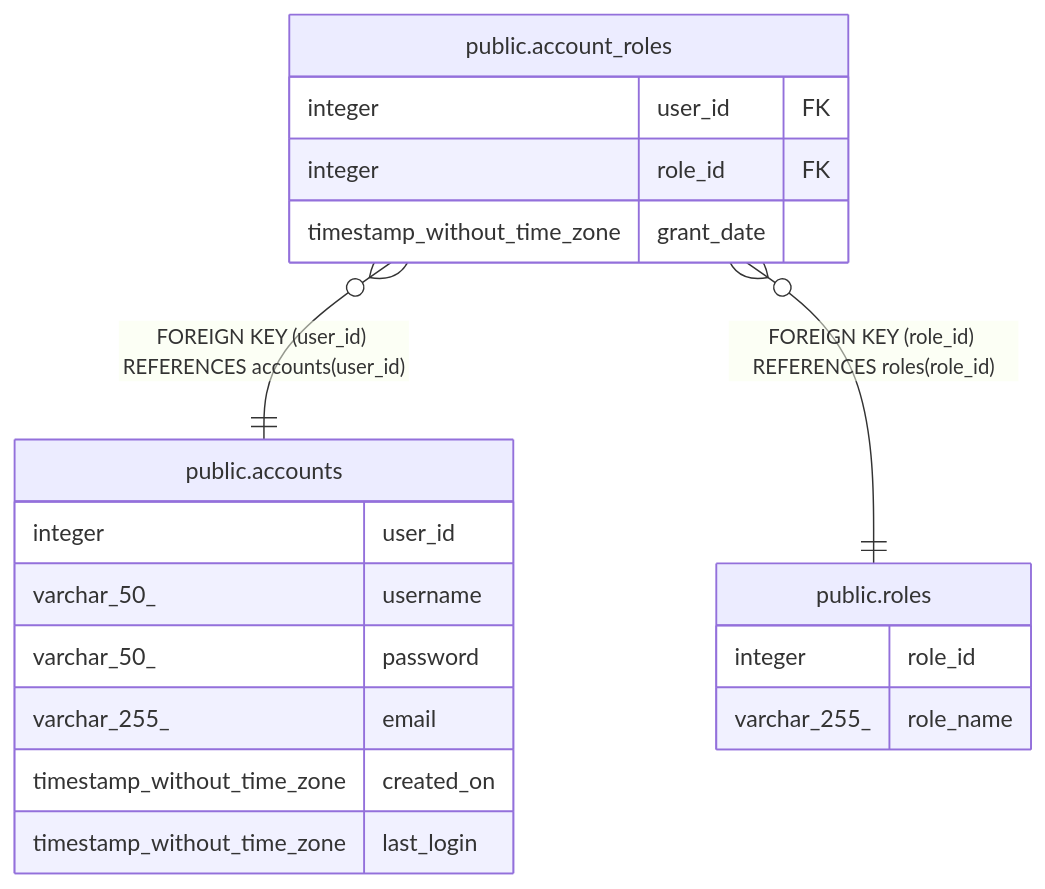
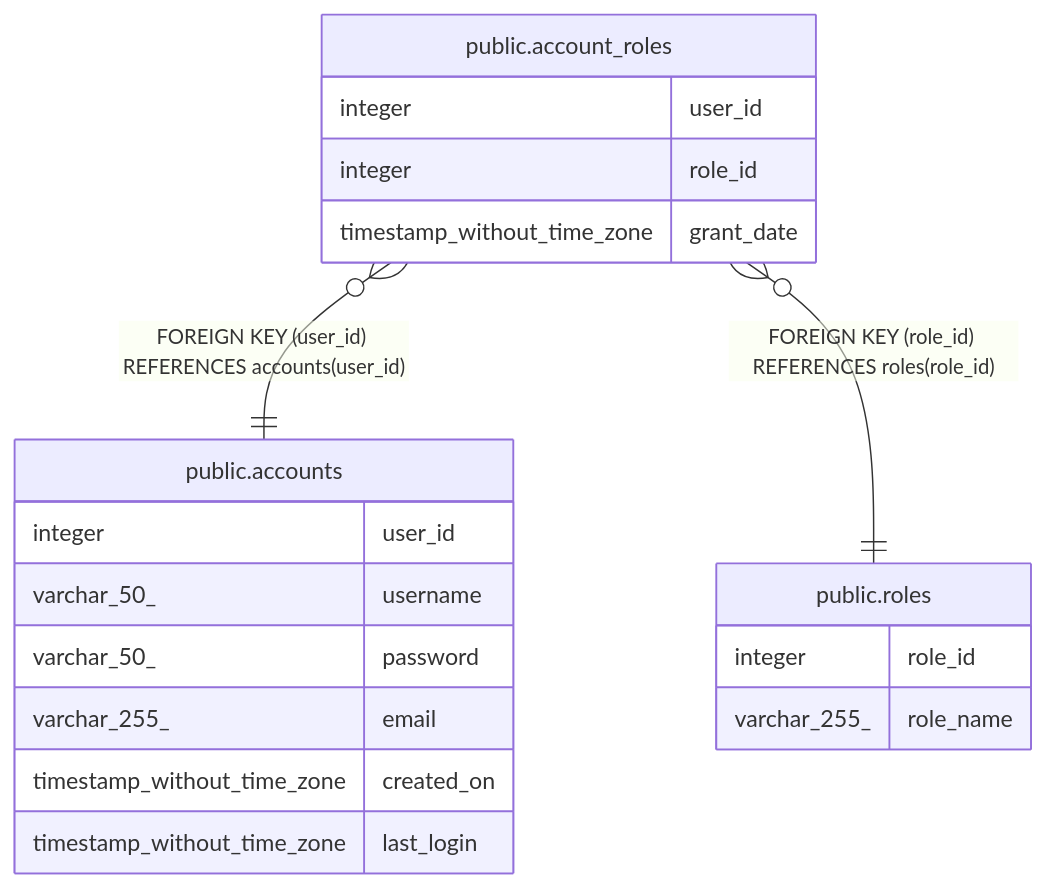
The diagram in schema.mmd (shamonshan/tbls-test), drawn with Mermaid before and after one commit. The commit also changed 14 other files, not shown here.

```diff
--- a/schema.mmd
+++ b/schema.mmd
@@ -1,22 +1,22 @@
 erDiagram
 
 "public.account_roles" }o--|| "public.accounts" : "FOREIGN KEY (user_id) REFERENCES accounts(user_id)"
 "public.account_roles" }o--|| "public.roles" : "FOREIGN KEY (role_id) REFERENCES roles(role_id)"
 
 "public.accounts" {
   integer user_id
   varchar_50_ username
   varchar_50_ password
   varchar_255_ email
   timestamp_without_time_zone created_on
   timestamp_without_time_zone last_login
 }
 "public.roles" {
   integer role_id
   varchar_255_ role_name
 }
 "public.account_roles" {
-  integer user_id FK
-  integer role_id FK
+  integer user_id
+  integer role_id
   timestamp_without_time_zone grant_date
 }
```
